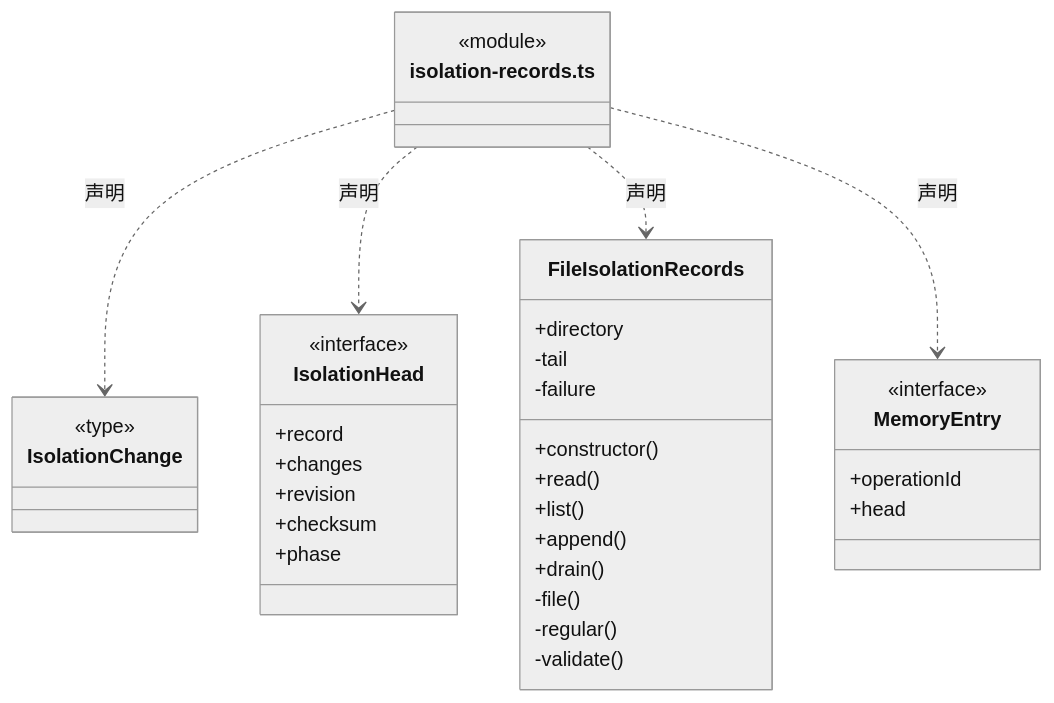
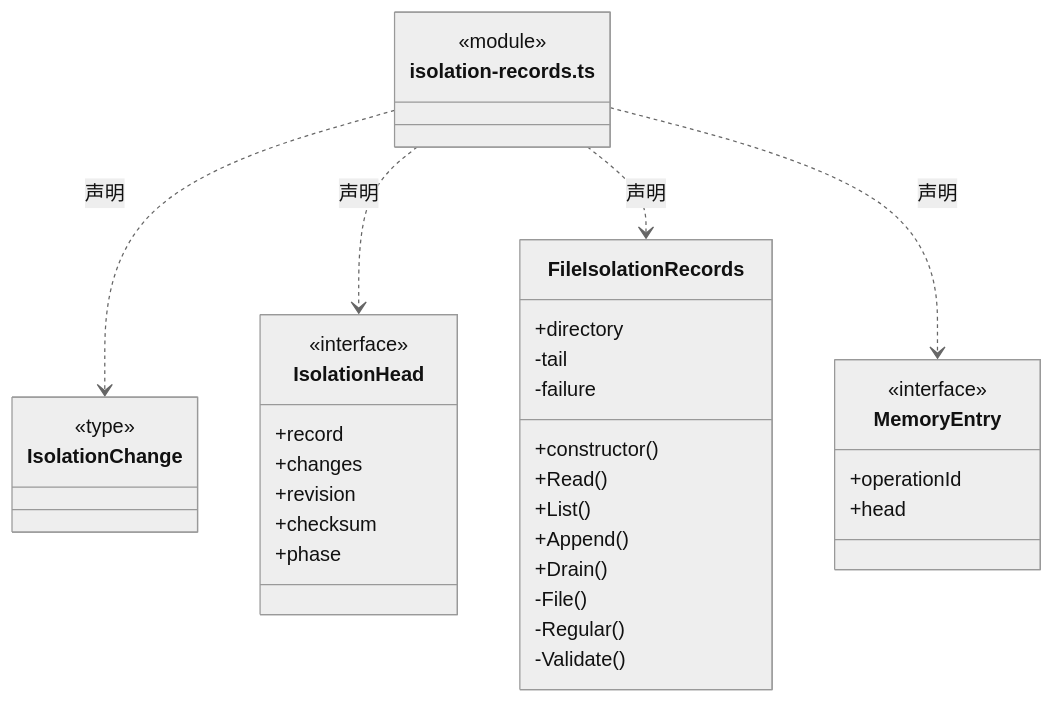
One commit to nan023062/cbim changed diagram 11 of 15 in src/logic/file-operations/platform/isolation/ARCHITECTURE.md. Above: the diagram before and after it, drawn with Mermaid (neutral theme). The commit also changed other lines of this file and 1035 other files, not shown here.

````diff
--- a/src/logic/file-operations/platform/isolation/ARCHITECTURE.md
+++ b/src/logic/file-operations/platform/isolation/ARCHITECTURE.md
@@ -228,40 +228,40 @@
 ```mermaid
 classDiagram
 class N_src_logic_file_operations_platform_isolation_isolation_records_ts["isolation-records.ts"] {
   <<module>>
 }
 class N_src_logic_file_operations_platform_isolation_isolation_records_ts_IsolationChange["IsolationChange"] {
   <<type>>
 
 }
 N_src_logic_file_operations_platform_isolation_isolation_records_ts ..> N_src_logic_file_operations_platform_isolation_isolation_records_ts_IsolationChange : 声明
 class N_src_logic_file_operations_platform_isolation_isolation_records_ts_IsolationHead["IsolationHead"] {
   <<interface>>
   +record
   +changes
   +revision
   +checksum
   +phase
 }
 N_src_logic_file_operations_platform_isolation_isolation_records_ts ..> N_src_logic_file_operations_platform_isolation_isolation_records_ts_IsolationHead : 声明
 class N_src_logic_file_operations_platform_isolation_isolation_records_ts_FileIsolationRecords["FileIsolationRecords"] {
   +directory
   +constructor()
-  +read()
-  +list()
-  +append()
-  +drain()
+  +Read()
+  +List()
+  +Append()
+  +Drain()
   -tail
   -failure
-  -file()
-  -regular()
-  -validate()
+  -File()
+  -Regular()
+  -Validate()
 }
 N_src_logic_file_operations_platform_isolation_isolation_records_ts ..> N_src_logic_file_operations_platform_isolation_isolation_records_ts_FileIsolationRecords : 声明
 class N_src_logic_file_operations_platform_isolation_isolation_records_ts_MemoryEntry["MemoryEntry"] {
   <<interface>>
   +operationId
   +head
 }
 N_src_logic_file_operations_platform_isolation_isolation_records_ts ..> N_src_logic_file_operations_platform_isolation_isolation_records_ts_MemoryEntry : 声明
 ```
````
